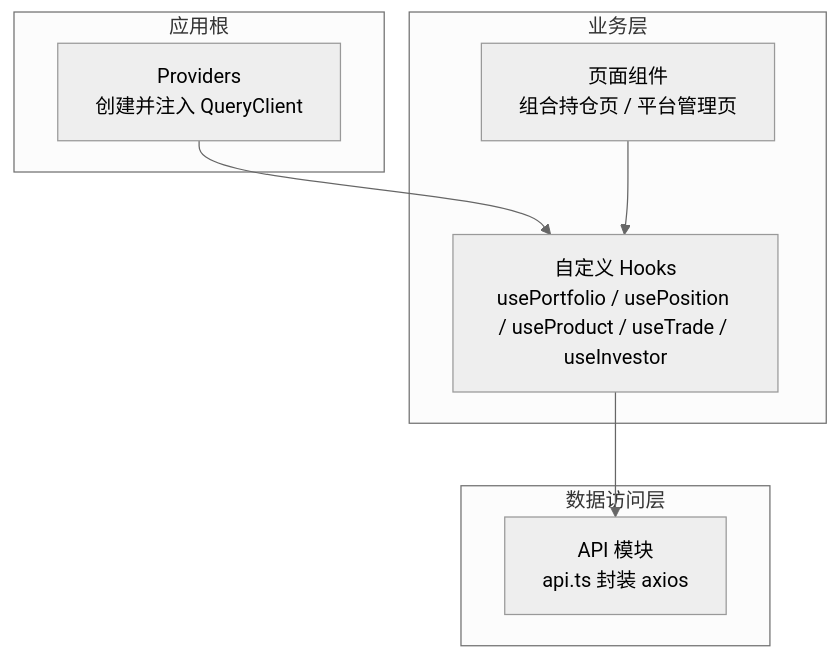
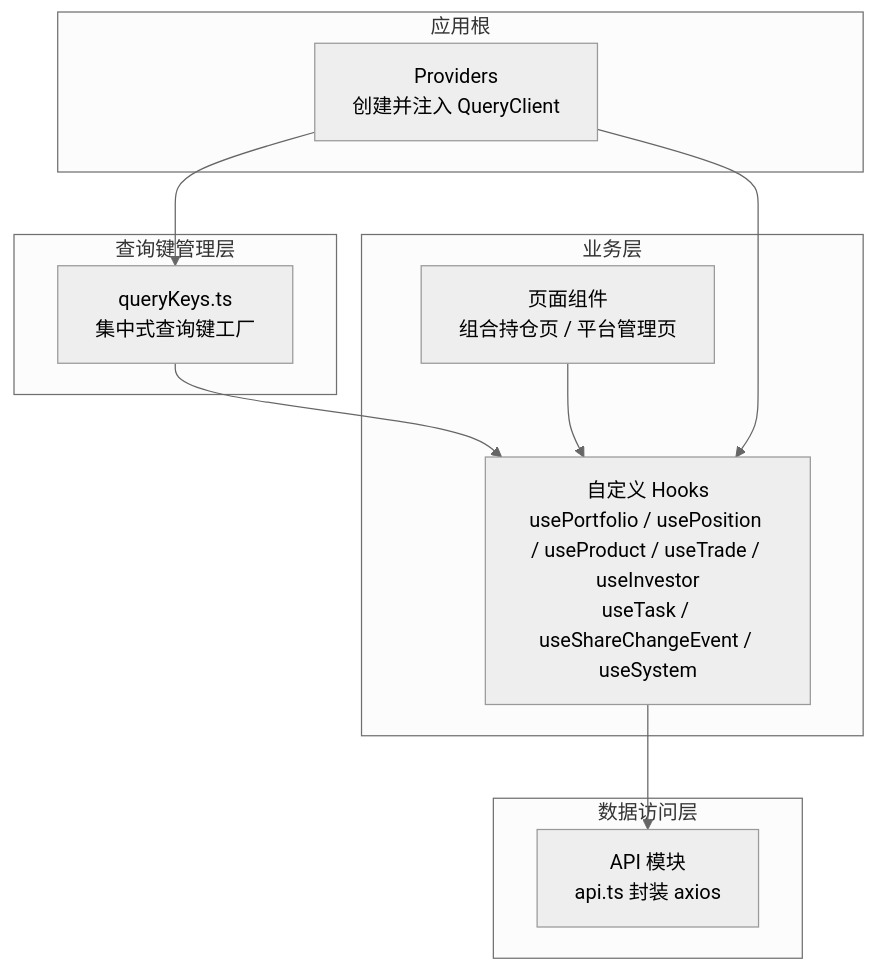
One commit to gujialind/InvestRing changed the first of 5 diagrams in .qoder/repowiki/zh/content/前端应用架构/状态管理策略/React Query 集成.md. Above: the diagram before and after it, drawn with Mermaid (neutral theme). The commit also changed other lines of this file and 32 other files, not shown here.

````diff
--- a/.qoder/repowiki/zh/content/前端应用架构/状态管理策略/React Query 集成.md
+++ b/.qoder/repowiki/zh/content/前端应用架构/状态管理策略/React Query 集成.md
@@ -42,16 +54,21 @@
 ```mermaid
 graph TB
 subgraph "应用根"
 Providers["Providers<br/>创建并注入 QueryClient"]
 end
+subgraph "查询键管理层"
+QueryKeys["queryKeys.ts<br/>集中式查询键工厂"]
+end
 subgraph "业务层"
-Hooks["自定义 Hooks<br/>usePortfolio / usePosition / useProduct / useTrade / useInvestor"]
+Hooks["自定义 Hooks<br/>usePortfolio / usePosition / useProduct / useTrade / useInvestor<br/>useTask / useShareChangeEvent / useSystem"]
 Pages["页面组件<br/>组合持仓页 / 平台管理页"]
 end
 subgraph "数据访问层"
 API["API 模块<br/>api.ts 封装 axios"]
 end
+Providers --> QueryKeys
 Providers --> Hooks
+QueryKeys --> Hooks
 Hooks --> API
 Pages --> Hooks
 ```
````
